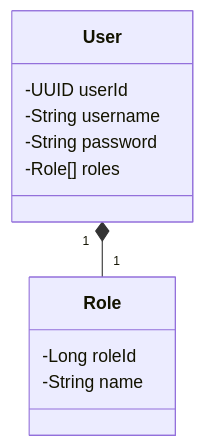
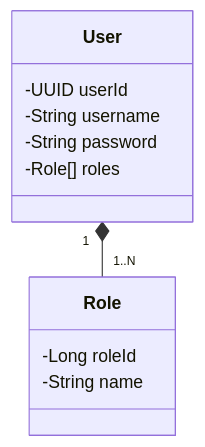
One commit to agsilvamhm/bancodigital changed the diagram in README.md. Above: the diagram before and after it, drawn with Mermaid. The commit also changed 4 other files, not shown here.

````diff
--- a/README.md
+++ b/README.md
@@ -22,18 +22,18 @@
 ```mermaid
 classDiagram
   class User {
     -UUID userId
     -String username
     -String password
     -Role[] roles
   }
 
   class Role {
     -Long roleId
     -String name
   }
   
 
-  User "1" *-- "1" Role
+  User "1" *-- "1..N" Role
   
 ```
````
